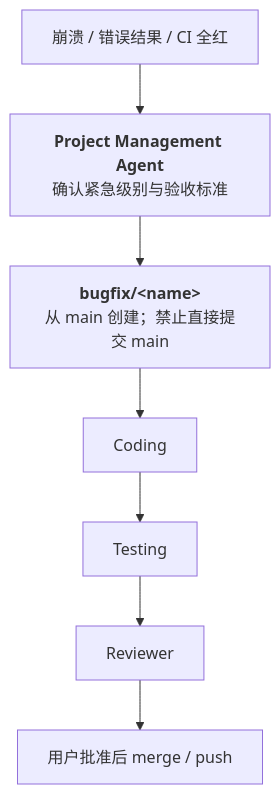
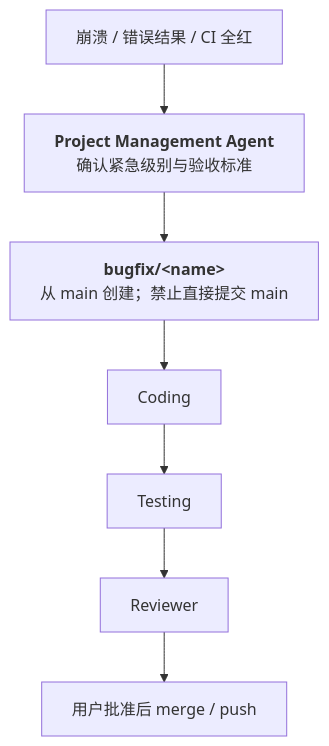
One commit to XYChouMian/caegraph changed the second of 2 diagrams in .agent/WORKFLOW.md. Above: the diagram before and after it, drawn with Mermaid.

Commit message:
docs(workflow): deduplicate nowrap definitions

````diff
--- a/.agent/WORKFLOW.md
+++ b/.agent/WORKFLOW.md
@@ -46,14 +44,16 @@
 ```mermaid
 flowchart TD
+    classDef nowrap white-space:nowrap
+
     A["崩溃 / 错误结果 / CI 全红"]
     B["<b>Project Management Agent</b><br>确认紧急级别与验收标准"]
     C["<b>bugfix/&lt;name&gt;</b><br>从 main 创建；禁止直接提交 main"]
     D["Coding"]
     E["Testing"]
     F["Reviewer"]
     G["用户批准后 merge / push"]
 
     A --> B --> C --> D --> E --> F --> G
 
     class A,B,C,D,E,F,G nowrap
 ```
````
